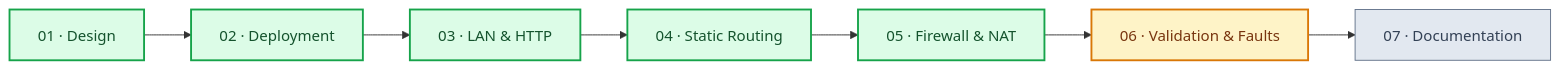
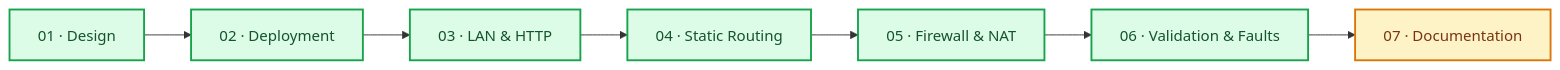
One commit to DrBham/Small-Office-Multi-Site-Network-Deployment changed the diagram in README.md. Above: the diagram before and after it, drawn with Mermaid. The commit also changed other lines of this file and 10 other files, not shown here.

````diff
--- a/README.md
+++ b/README.md
@@ -76,15 +76,14 @@
 ```mermaid
 flowchart LR
     P1["01 · Design"] --> P2["02 · Deployment"]
     P2 --> P3["03 · LAN & HTTP"]
     P3 --> P4["04 · Static Routing"]
     P4 --> P5["05 · Firewall & NAT"]
     P5 --> P6["06 · Validation & Faults"]
     P6 --> P7["07 · Documentation"]
     classDef done fill:#dcfce7,stroke:#16a34a,color:#14532d,stroke-width:2px;
     classDef wip fill:#fef3c7,stroke:#d97706,color:#78350f,stroke-width:2px;
     classDef planned fill:#e2e8f0,stroke:#64748b,color:#334155;
-    class P1,P2,P3,P4,P5 done;
-    class P6 wip;
-    class P7 planned;
+    class P1,P2,P3,P4,P5,P6 done;
+    class P7 wip;
 ```
````
